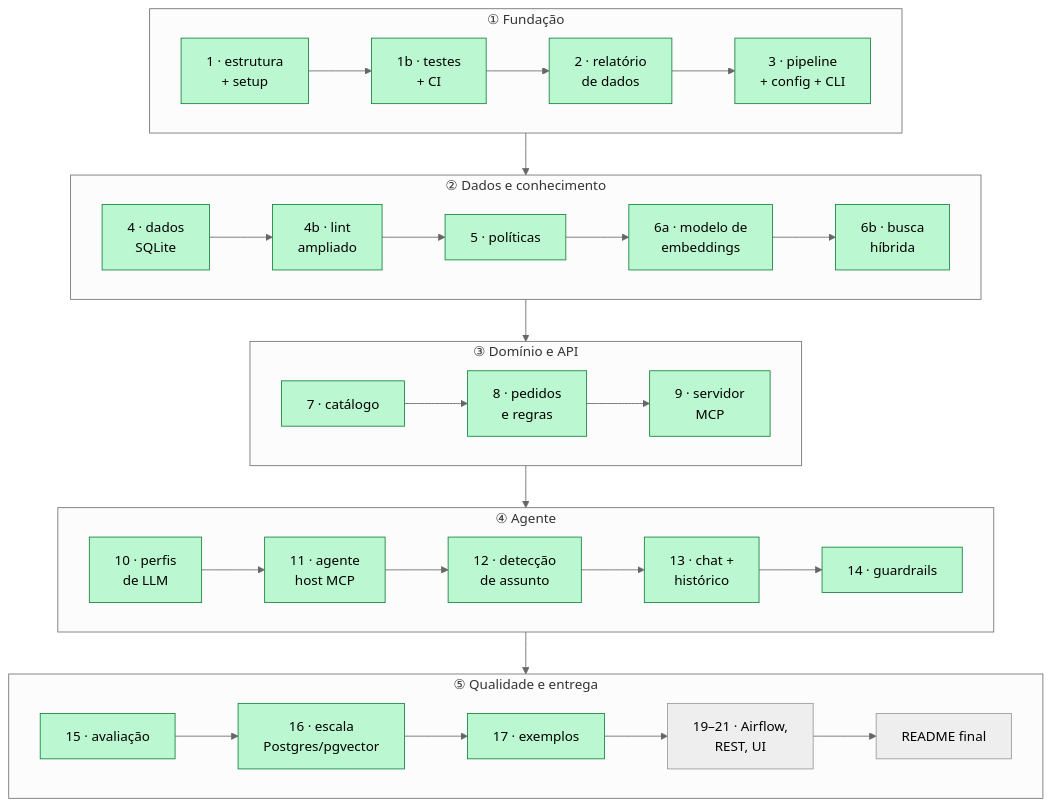
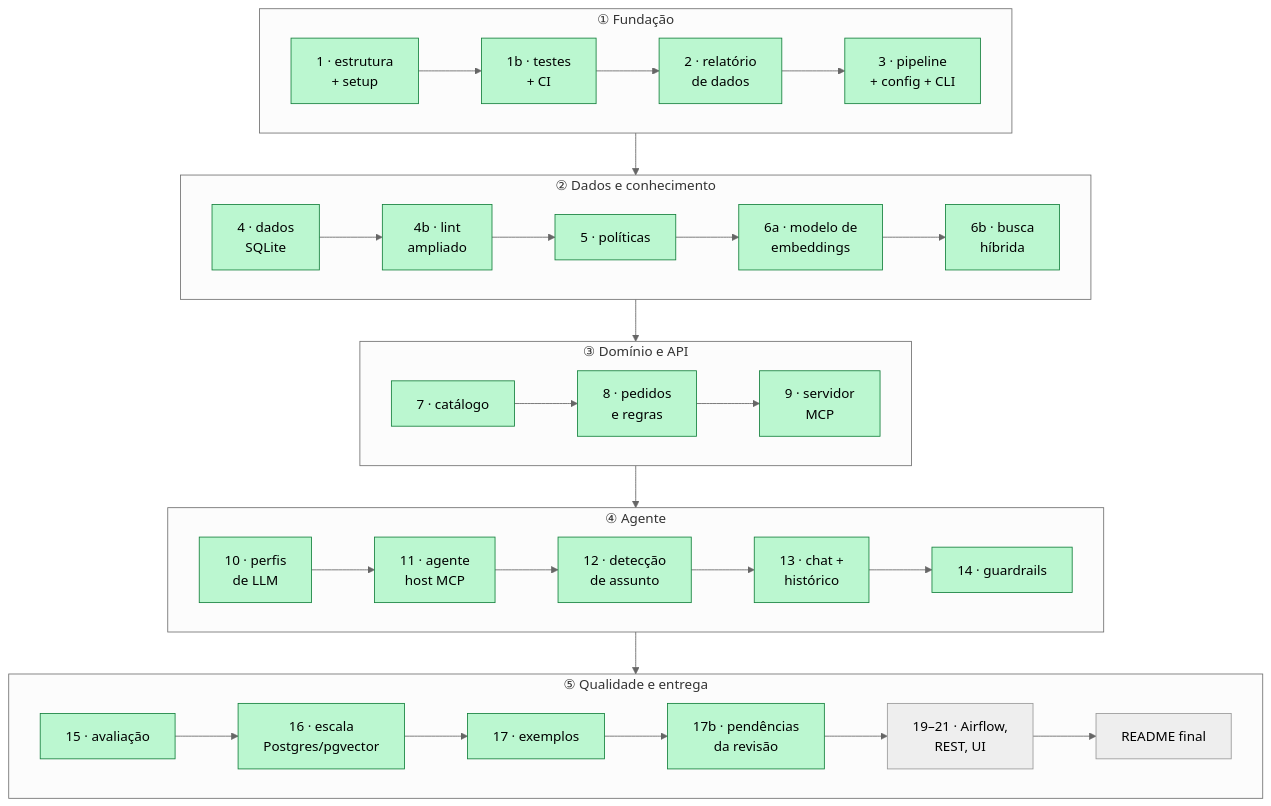
Before and after one commit to RonildoSilva/ai-engineer-challenge: diagram 21 of 21 in README.md, drawn with Mermaid (neutral theme). The commit also changed other lines of this file and 26 other files, not shown here.

````diff
--- a/README.md
+++ b/README.md
@@ -1027,26 +1030,26 @@
 ```mermaid
 flowchart TD
     subgraph F1["① Fundação"]
         direction LR
         C1["1 · estrutura<br/>+ setup"]:::done --> C1b["1b · testes<br/>+ CI"]:::done --> C2["2 · relatório<br/>de dados"]:::done --> C3["3 · pipeline<br/>+ config + CLI"]:::done
     end
     subgraph F2["② Dados e conhecimento"]
         direction LR
         C4["4 · dados<br/>SQLite"]:::done --> C4b["4b · lint<br/>ampliado"]:::done --> C5["5 · políticas"]:::done --> C6a["6a · modelo de<br/>embeddings"]:::done --> C6b["6b · busca<br/>híbrida"]:::done
     end
     subgraph F3["③ Domínio e API"]
         direction LR
         C7["7 · catálogo"]:::done --> C8["8 · pedidos<br/>e regras"]:::done --> C9["9 · servidor<br/>MCP"]:::done
     end
     subgraph F4["④ Agente"]
         direction LR
         C10["10 · perfis<br/>de LLM"]:::done --> C11["11 · agente<br/>host MCP"]:::done --> C12["12 · detecção<br/>de assunto"]:::done --> C13["13 · chat +<br/>histórico"]:::done --> C14["14 · guardrails"]:::done
     end
     subgraph F5["⑤ Qualidade e entrega"]
         direction LR
-        C15["15 · avaliação"]:::done --> C16["16 · escala<br/>Postgres/pgvector"]:::done --> C17["17 · exemplos"]:::done --> CX["19–21 · Airflow,<br/>REST, UI"] --> C18["README final"]
+        C15["15 · avaliação"]:::done --> C16["16 · escala<br/>Postgres/pgvector"]:::done --> C17["17 · exemplos"]:::done --> C17b["17b · pendências<br/>da revisão"]:::done --> CX["19–21 · Airflow,<br/>REST, UI"] --> C18["README final"]
     end
     F1 --> F2 --> F3 --> F4 --> F5
     classDef next fill:#fde68a,stroke:#b45309,color:#000
     classDef done fill:#bbf7d0,stroke:#15803d,color:#000
 ```
````
